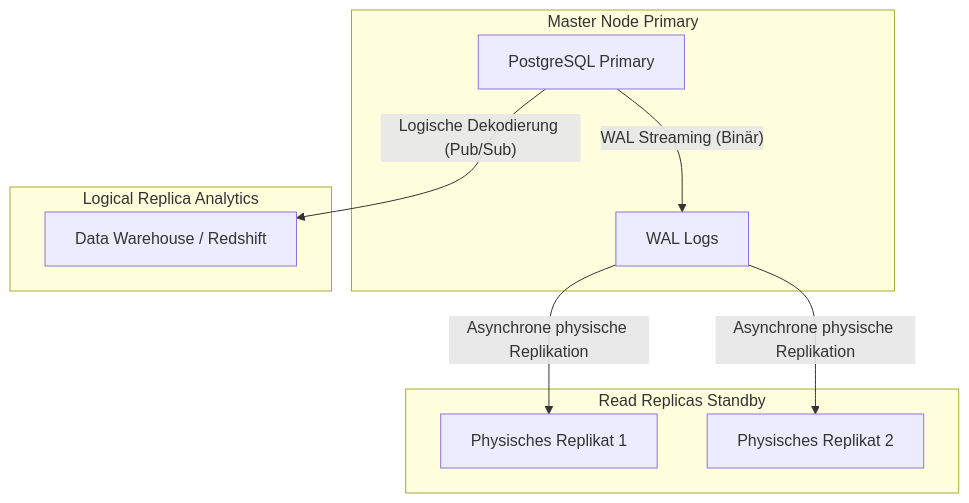
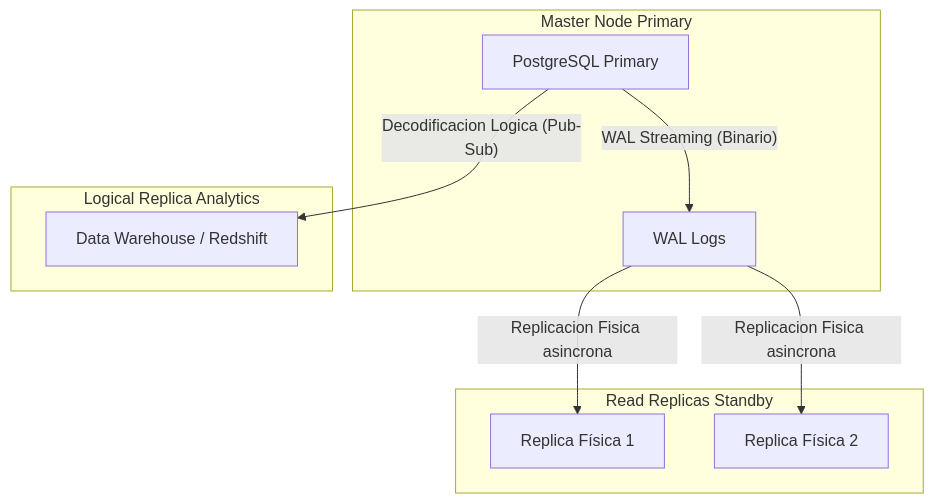
The first of 2 diagrams in public/docs/de/postgres_experto.md (gjpierp/nmergeia), drawn with Mermaid before and after one commit. The commit also changed other lines of this file and 518 other files, not shown here.

````diff
--- a/public/docs/de/postgres_experto.md
+++ b/public/docs/de/postgres_experto.md
@@ -34,21 +34,21 @@
 ```mermaid
 graph TD
     subgraph primary_node [Master Node Primary]
-    P[PostgreSQL Primary]
-    WAL[WAL Logs]
+        P[PostgreSQL Primary]
+        WAL[WAL Logs]
     end
     
     subgraph standby_node [Read Replicas Standby]
-    S1[Physisches Replikat 1]
-    S2[Physisches Replikat 2]
+        S1[Replica Física 1]
+        S2[Replica Física 2]
     end
     
     subgraph analytics_node [Logical Replica Analytics]
-    L1[Data Warehouse / Redshift]
+        L1[Data Warehouse / Redshift]
     end
 
-    P -->|"WAL Streaming (Binär)"| WAL
-    WAL -->|Asynchrone physische Replikation| S1
-    WAL -->|Asynchrone physische Replikation| S2
-    P -->|"Logische Dekodierung (Pub/Sub)"| L1
+    P -->|"WAL Streaming (Binario)"| WAL
+    WAL -->|"Replicacion Fisica asincrona"| S1
+    WAL -->|"Replicacion Fisica asincrona"| S2
+    P -->|"Decodificacion Logica (Pub-Sub)"| L1
 ```
````
